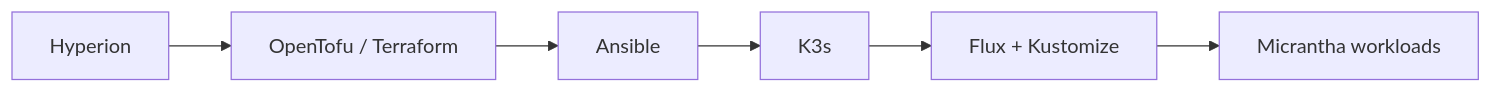
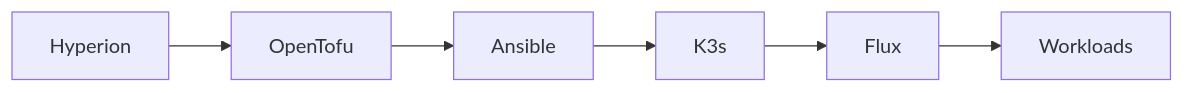
Before and after one commit to hackelia-micrantha/.github: the eighth of 9 diagrams in profile/README.md, drawn with Mermaid. The commit also changed other lines of this file, not shown here.

````diff
--- a/profile/README.md
+++ b/profile/README.md
@@ -187,8 +218,5 @@
 ```mermaid
 flowchart LR
-  H["Hyperion"] --> T["OpenTofu / Terraform"]
-  T --> A["Ansible"]
-  A --> K["K3s"]
-  K --> F["Flux + Kustomize"]
-  F --> W["Micrantha workloads"]
+  H["Hyperion"] --> T["OpenTofu"] --> A["Ansible"]
+  A --> K["K3s"] --> F["Flux"] --> W["Workloads"]
 ```
````
